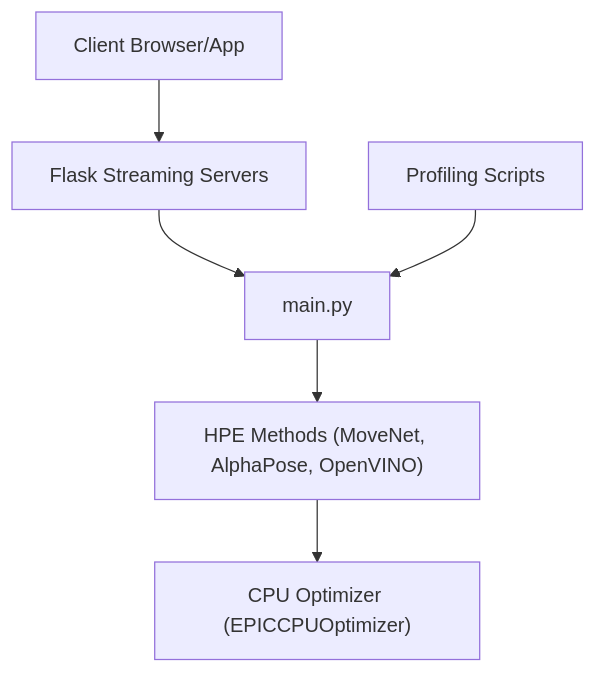
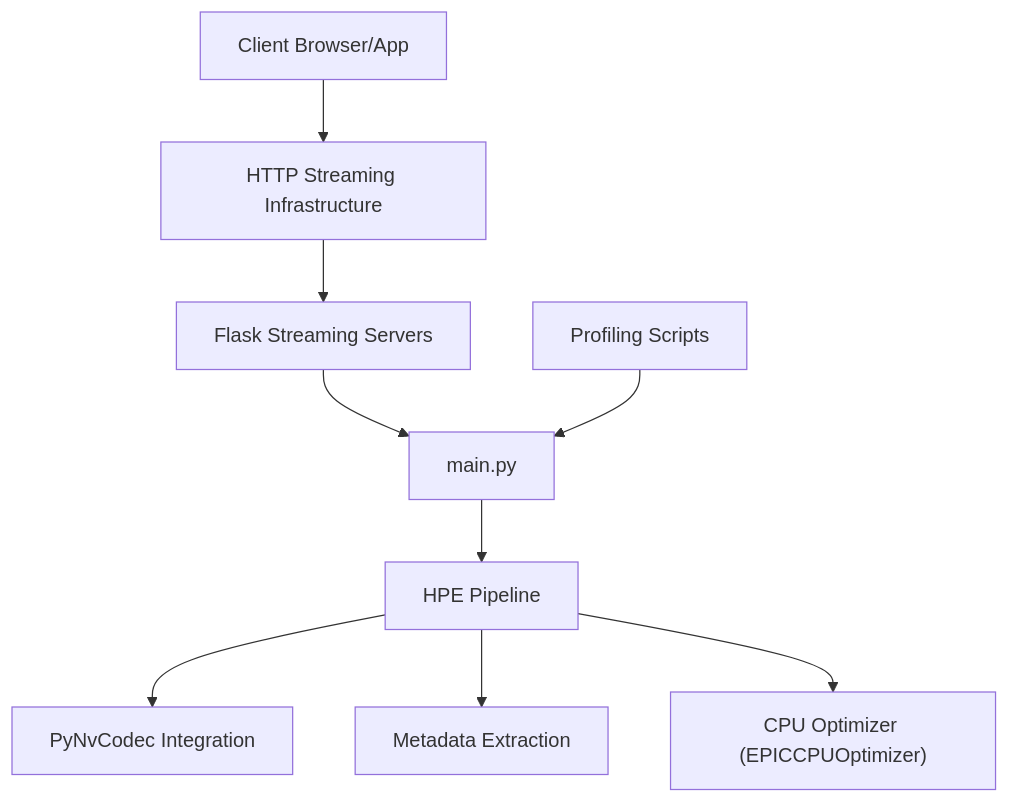
One commit to Fogus-Gr/MeasurementsDTs changed the second of 9 diagrams in .qoder/repowiki/en/content/Development Tools/Development Tools.md. Above: the diagram before and after it, drawn with Mermaid. The commit also changed other lines of this file and 8 other files, not shown here.

````diff
--- a/.qoder/repowiki/en/content/Development Tools/Development Tools.md
+++ b/.qoder/repowiki/en/content/Development Tools/Development Tools.md
@@ -151,14 +196,20 @@
 ```mermaid
 graph TB
 Client["Client Browser/App"]
+HTTPStream["HTTP Streaming Infrastructure"]
 DevServers["Flask Streaming Servers"]
 Main["main.py"]
-Methods["HPE Methods (MoveNet, AlphaPose, OpenVINO)"]
+HPE["HPE Pipeline"]
+PyNvCodec["PyNvCodec Integration"]
+Metadata["Metadata Extraction"]
 Optimizer["CPU Optimizer (EPICCPUOptimizer)"]
 Profilers["Profiling Scripts"]
-Client --> DevServers
+Client --> HTTPStream
+HTTPStream --> DevServers
 DevServers --> Main
-Main --> Methods
-Methods --> Optimizer
+Main --> HPE
+HPE --> PyNvCodec
+HPE --> Metadata
+HPE --> Optimizer
 Profilers --> Main
 ```
````
